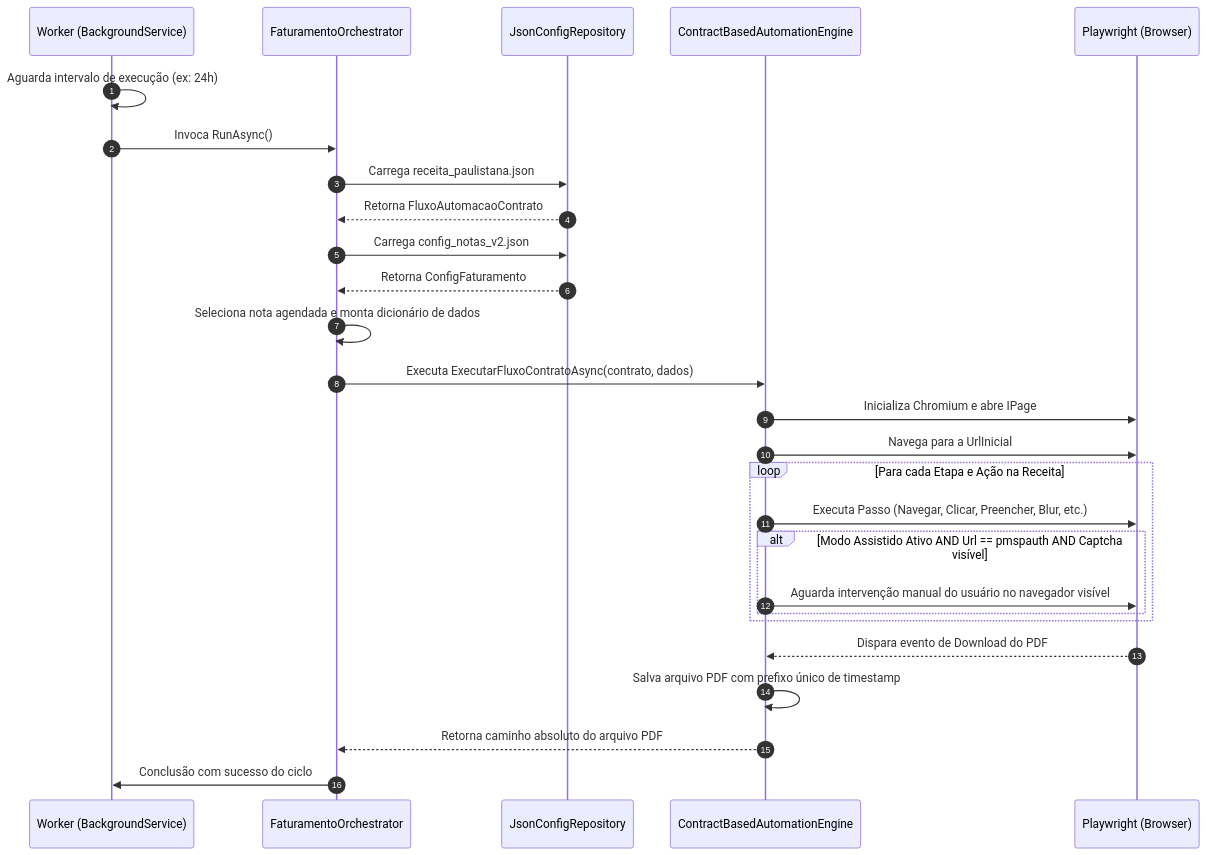
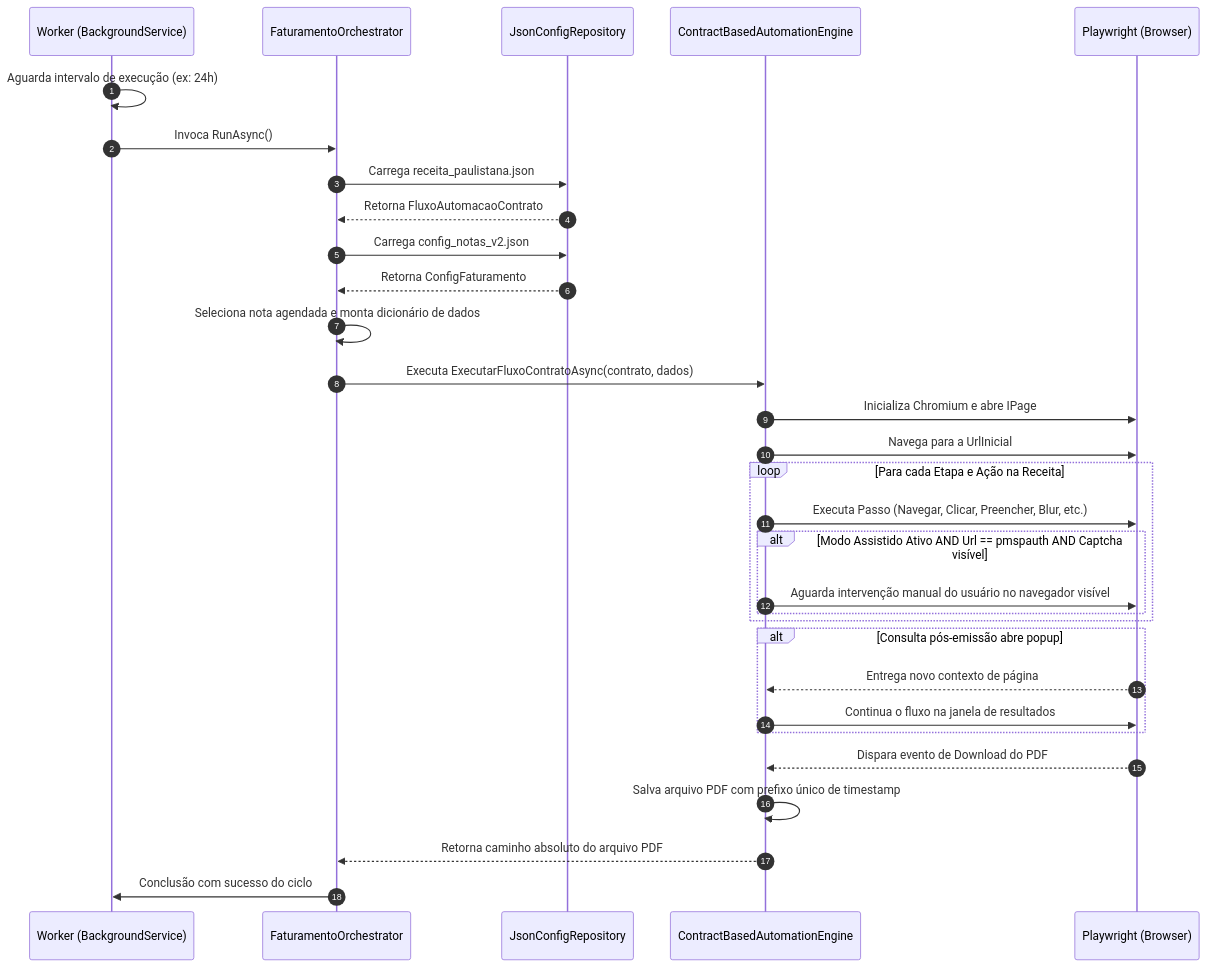
One commit to Bagietto/EmissorNotaFiscal-RPA changed the diagram in DOCUMENTACAO_PROJETO.md. Above: the diagram before and after it, drawn with Mermaid. The commit also changed other lines of this file and 25 other files, not shown here.

````diff
--- a/DOCUMENTACAO_PROJETO.md
+++ b/DOCUMENTACAO_PROJETO.md
@@ -63,30 +63,34 @@
 ```mermaid
 sequenceDiagram
     autonumber
     participant W as Worker (BackgroundService)
     participant O as FaturamentoOrchestrator
     participant R as JsonConfigRepository
     participant E as ContractBasedAutomationEngine
     participant P as Playwright (Browser)
 
     W->>W: Aguarda intervalo de execução (ex: 24h)
     W->>O: Invoca RunAsync()
     O->>R: Carrega receita_paulistana.json
     R-->>O: Retorna FluxoAutomacaoContrato
     O->>R: Carrega config_notas_v2.json
     R-->>O: Retorna ConfigFaturamento
     O->>O: Seleciona nota agendada e monta dicionário de dados
     O->>E: Executa ExecutarFluxoContratoAsync(contrato, dados)
     E->>P: Inicializa Chromium e abre IPage
     E->>P: Navega para a UrlInicial
     loop Para cada Etapa e Ação na Receita
         E->>P: Executa Passo (Navegar, Clicar, Preencher, Blur, etc.)
         alt Modo Assistido Ativo AND Url == pmspauth AND Captcha visível
             E->>P: Aguarda intervenção manual do usuário no navegador visível
         end
     end
+    alt Consulta pós-emissão abre popup
+        P-->>E: Entrega novo contexto de página
+        E->>P: Continua o fluxo na janela de resultados
+    end
     P-->>E: Dispara evento de Download do PDF
     E->>E: Salva arquivo PDF com prefixo único de timestamp
     E-->>O: Retorna caminho absoluto do arquivo PDF
     O->>W: Conclusão com sucesso do ciclo
 ```
````
